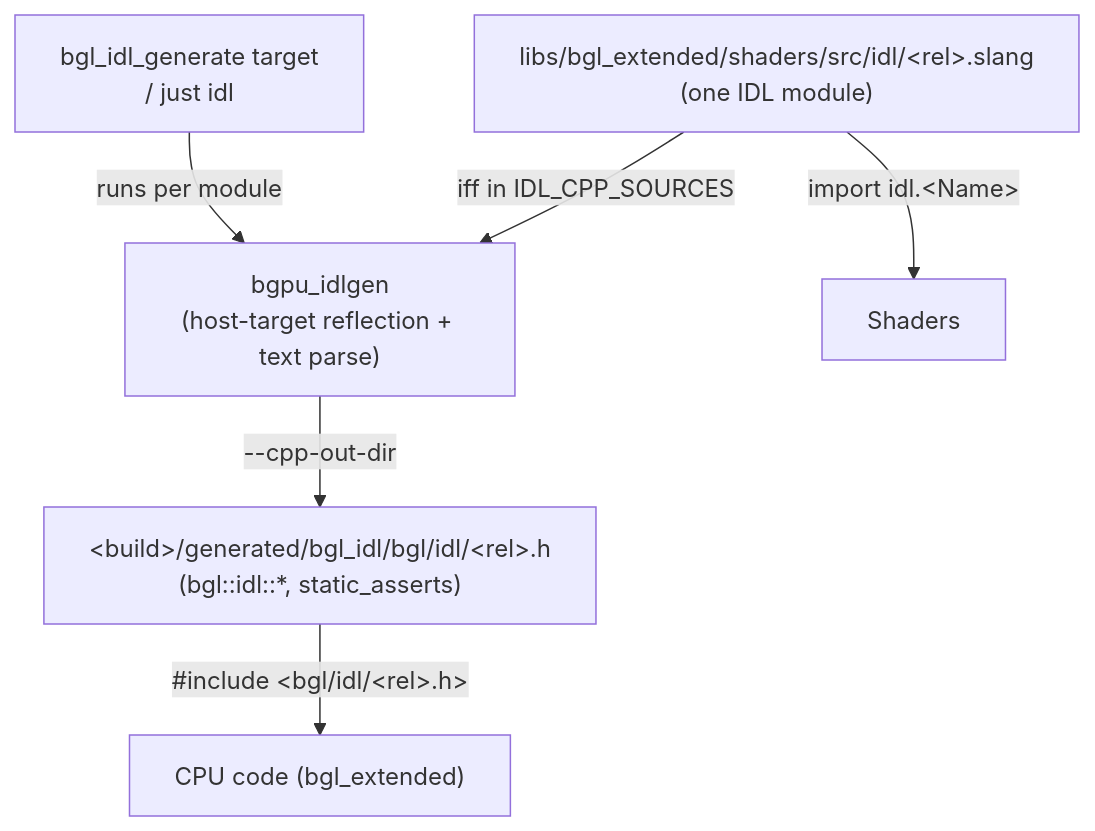
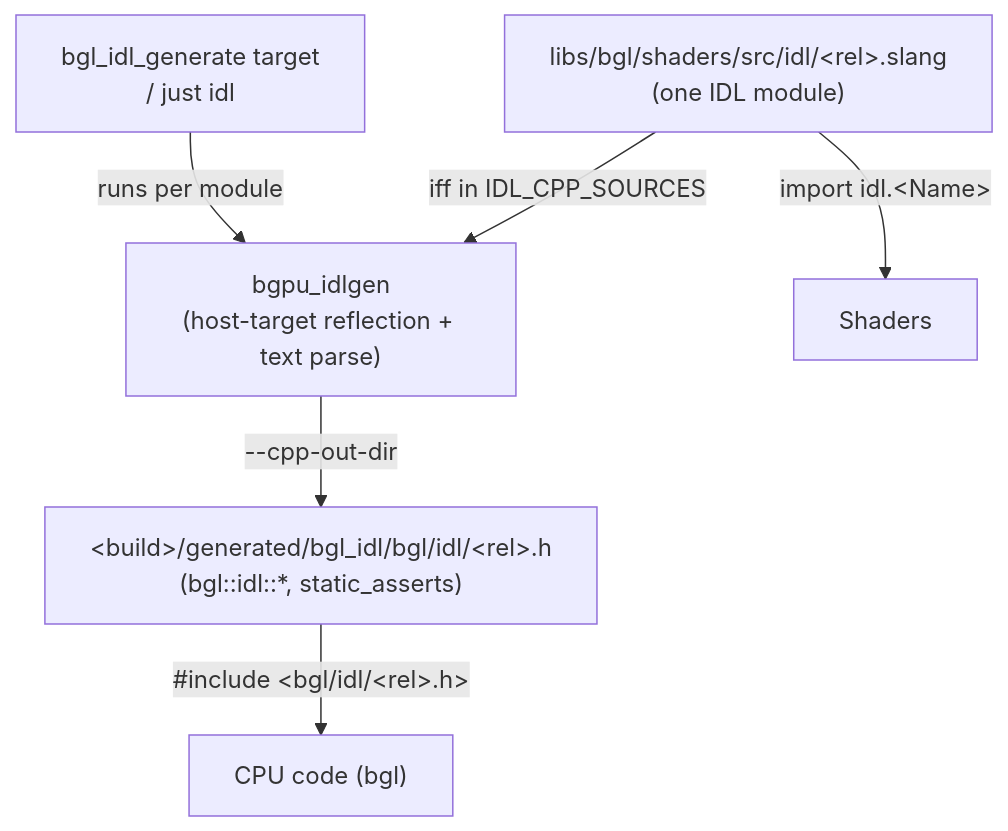
One commit to alexjiang200407/bernini changed the diagram in docs/idlgen.md. Above: the diagram before and after it, drawn with Mermaid. The commit also changed other lines of this file and 39 other files, not shown here.

First line of the commit message:
docs: bgl is one library

````diff
--- a/docs/idlgen.md
+++ b/docs/idlgen.md
@@ -165,14 +165,14 @@
 ```mermaid
 flowchart TD
-    IDL["libs/bgl_extended/shaders/src/idl/&lt;rel&gt;.slang<br/>(one IDL module)"]
+    IDL["libs/bgl/shaders/src/idl/&lt;rel&gt;.slang<br/>(one IDL module)"]
     TOOL["bgpu_idlgen<br/>(host-target reflection + text parse)"]
     CPP["&lt;build&gt;/generated/bgl_idl/bgl/idl/&lt;rel&gt;.h<br/>(bgl::idl::*, static_asserts)"]
     SH["Shaders"]
-    CX["CPU code (bgl_extended)"]
+    CX["CPU code (bgl)"]
 
     IDL -- "iff in IDL_CPP_SOURCES" --> TOOL
     TOOL -- "--cpp-out-dir" --> CPP
     IDL -- "import idl.&lt;Name&gt;" --> SH
     CPP -- "#include &lt;bgl/idl/&lt;rel&gt;.h&gt;" --> CX
     CMAKE["bgl_idl_generate target<br/>/ just idl"] -- "runs per module" --> TOOL
 ```
````
